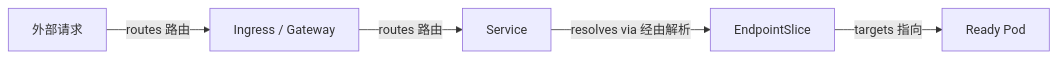
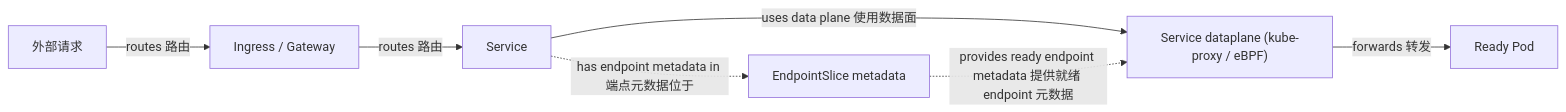
Before and after one commit to liufashi-Mr/cloud-native-docs: the second of 4 diagrams in docs/index.md, drawn with Mermaid. The commit also changed other lines of this file and 2 other files, not shown here.

````diff
--- a/docs/index.md
+++ b/docs/index.md
@@ -56,7 +56,10 @@
 ```mermaid
 flowchart LR
   X["外部请求"] -->|routes 路由| I["Ingress / Gateway"]
   I -->|routes 路由| S["Service"]
-  S -->|resolves via 经由解析| E["EndpointSlice"]
-  E -->|targets 指向| P["Ready Pod"]
+  S -->|uses data plane 使用数据面| DP["Service dataplane (kube-proxy / eBPF)"]
+  E["EndpointSlice metadata"]
+  E -.->|provides ready endpoint metadata 提供就绪 endpoint 元数据| DP
+  S -.->|has endpoint metadata in 端点元数据位于| E
+  DP -->|forwards 转发| P["Ready Pod"]
 ```
````
